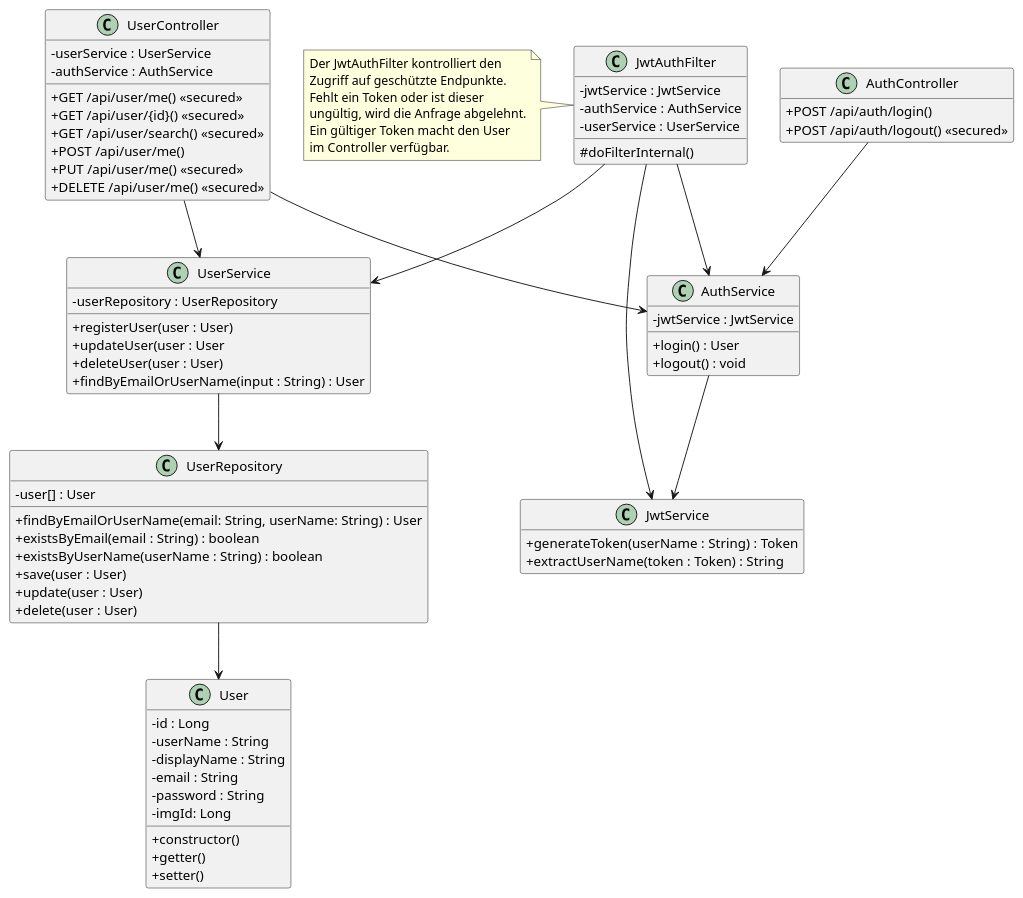
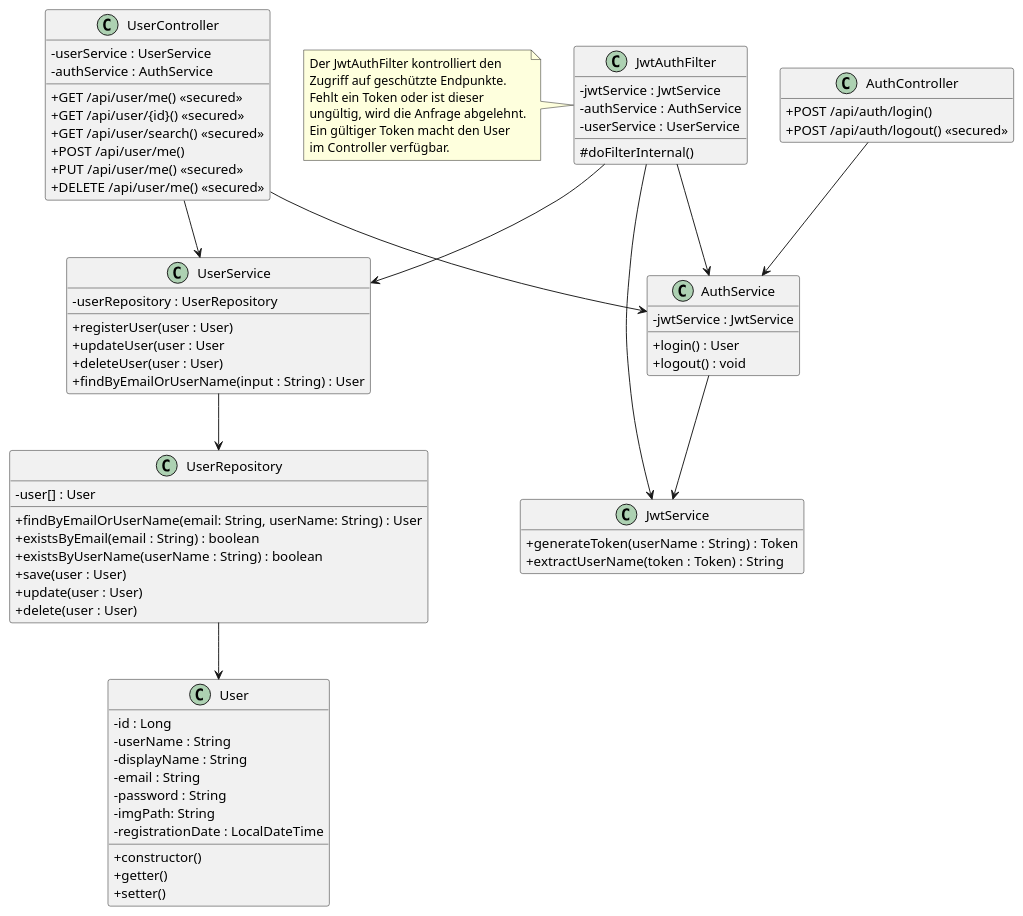
The diagram in uml/class/Class_User.puml (SpaghettiCodeGang/TryLater-Server), drawn with PlantUML before and after one commit. The commit also changed 4 other files, not shown here.

Commit message:
feat: updates class diagrams

```diff
--- a/uml/class/Class_User.puml
+++ b/uml/class/Class_User.puml
@@ -1,88 +1,89 @@
 @startuml
 skinparam classAttributeIconSize 0
 hide empty members
 
 class User {
     - id : Long
     - userName : String
     - displayName : String
     - email : String
     - password : String
-    - imgId: Long
+    - imgPath: String
+    - registrationDate : LocalDateTime
     + constructor()
     + getter()
     + setter()
 }
 
 class UserRepository {
     - user[] : User
     + findByEmailOrUserName(email: String, userName: String) : User
     + existsByEmail(email : String) : boolean
     + existsByUserName(userName : String) : boolean
     + save(user : User)
     + update(user : User)
     + delete(user : User)
 }
 
 class UserService {
     - userRepository : UserRepository
     + registerUser(user : User)
     + updateUser(user : User
     + deleteUser(user : User)
     + findByEmailOrUserName(input : String) : User
 }
 
 class UserController {
     - userService : UserService
     - authService : AuthService
     + GET /api/user/me() <<secured>>
     + GET /api/user/{id}() <<secured>>
     + GET /api/user/search() <<secured>>
     + POST /api/user/me()
     + PUT /api/user/me() <<secured>>
     + DELETE /api/user/me() <<secured>>
 }
 
 class JwtService {
     + generateToken(userName : String) : Token
     + extractUserName(token : Token) : String
 }
 
 class JwtAuthFilter {
     - jwtService : JwtService
     - authService : AuthService
     - userService : UserService
     # doFilterInternal()
 }
 
 note left of JwtAuthFilter
     Der JwtAuthFilter kontrolliert den
     Zugriff auf geschützte Endpunkte.
     Fehlt ein Token oder ist dieser
     ungültig, wird die Anfrage abgelehnt.
     Ein gültiger Token macht den User
     im Controller verfügbar.
 end note
 
 class AuthService {
     - jwtService : JwtService
     + login() : User
     + logout() : void
 }
 
 class AuthController {
     + POST /api/auth/login()
     + POST /api/auth/logout() <<secured>>
 }
 
 UserRepository --> User
 UserService --> UserRepository
 UserController --> AuthService
 UserController --> UserService
 AuthService --> JwtService
 AuthController --> AuthService
 JwtAuthFilter --> UserService
 JwtAuthFilter --> JwtService
 JwtAuthFilter --> AuthService
 
 @enduml
```
